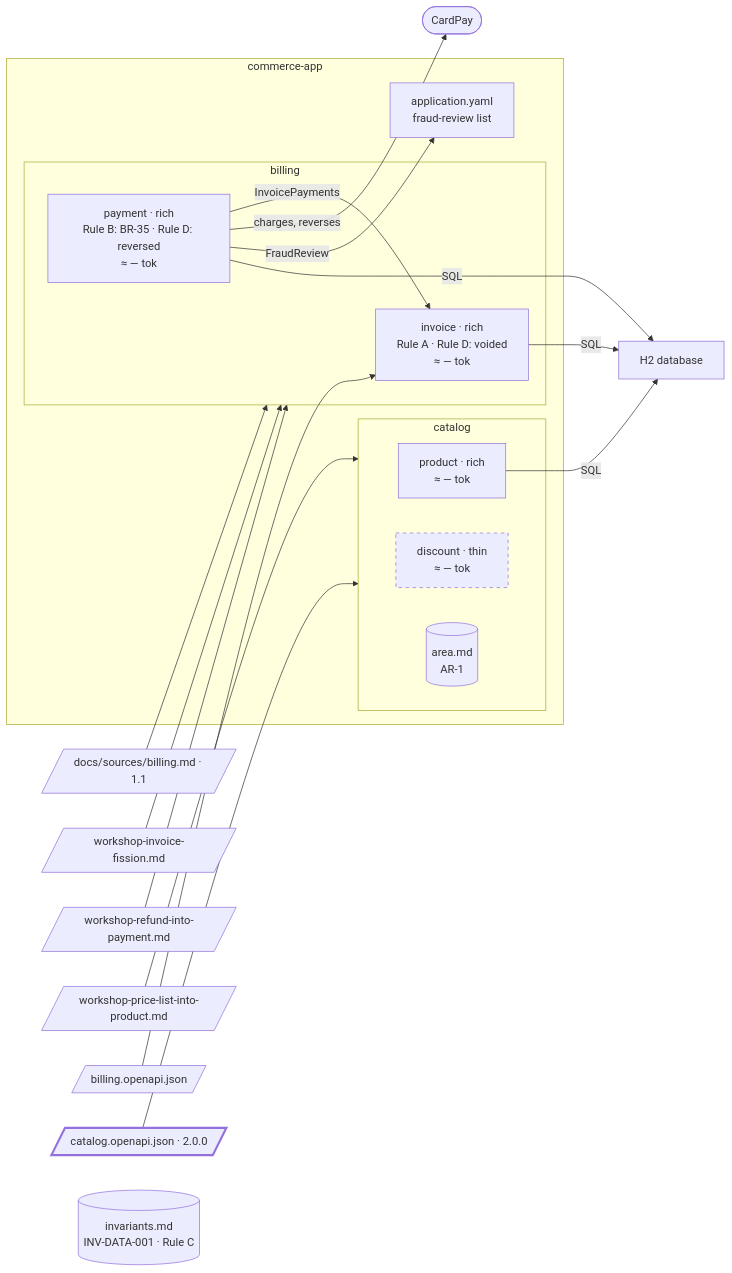
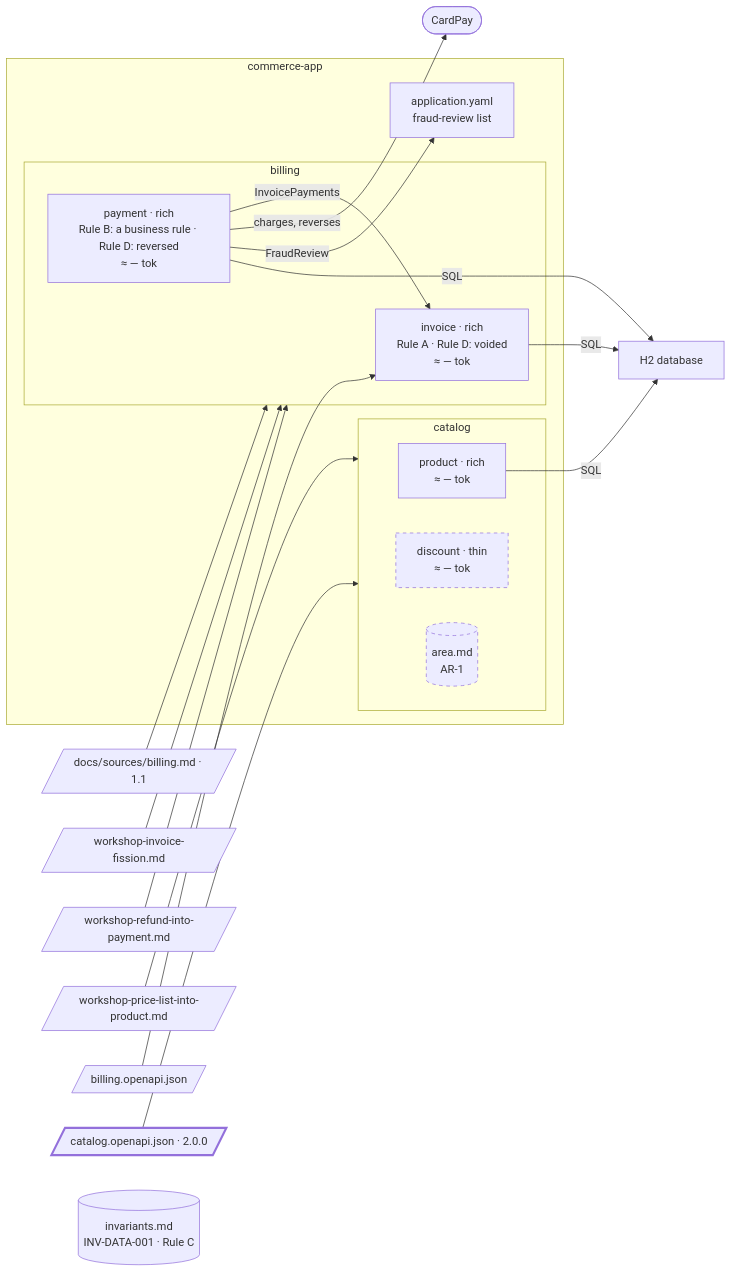
Before and after one commit to elie29/partition: the diagram in docs/guides/a-project-step-by-step/15-removal.md, drawn with Mermaid. The commit also changed other lines of this file and 24 other files, not shown here.

````diff
--- a/docs/guides/a-project-step-by-step/15-removal.md
+++ b/docs/guides/a-project-step-by-step/15-removal.md
@@ -81,38 +103,38 @@
 ```mermaid
 flowchart LR
   classDef new stroke-width:3px
   classDef gone stroke-dasharray:5 5
   src_billing[/"docs/sources/billing.md · 1.1"/]
   src_workshop[/"workshop-invoice-fission.md"/]
   src_workshop_refund[/"workshop-refund-into-payment.md"/]
   src_workshop_catalog[/"workshop-price-list-into-product.md"/]
   contract_billing[/"billing.openapi.json"/]
   contract_catalog[/"catalog.openapi.json · 2.0.0"/]:::new
   register[("invariants.md<br/>INV-DATA-001 · Rule C")]
   subgraph app_commerce["commerce-app"]
     subgraph area_billing["billing"]
       invoice["invoice · rich<br/>Rule A · Rule D: voided<br/>≈ — tok"]
-      payment["payment · rich<br/>Rule B: BR-35 · Rule D: reversed<br/>≈ — tok"]
+      payment["payment · rich<br/>Rule B: a business rule · Rule D: reversed<br/>≈ — tok"]
     end
     subgraph area_catalog["catalog"]
       product["product · rich<br/>≈ — tok"]
       discount["discount · thin<br/>≈ — tok"]:::gone
-      file_catalog[("area.md<br/>AR-1")]
+      file_catalog[("area.md<br/>AR-1")]:::gone
     end
     yaml["application.yaml<br/>fraud-review list"]
   end
   db["H2 database"]
   cardpay(["CardPay"])
   src_billing --> area_billing
   src_workshop --> area_billing
   src_workshop_refund --> area_billing
   src_workshop_catalog --> area_catalog
   contract_billing --> invoice
   contract_catalog --> area_catalog
   payment -- "InvoicePayments" --> invoice
   payment -- "charges, reverses" --> cardpay
   payment -- "FraudReview" --> yaml
   invoice -- "SQL" --> db
   payment -- "SQL" --> db
   product -- "SQL" --> db
 ```
````
